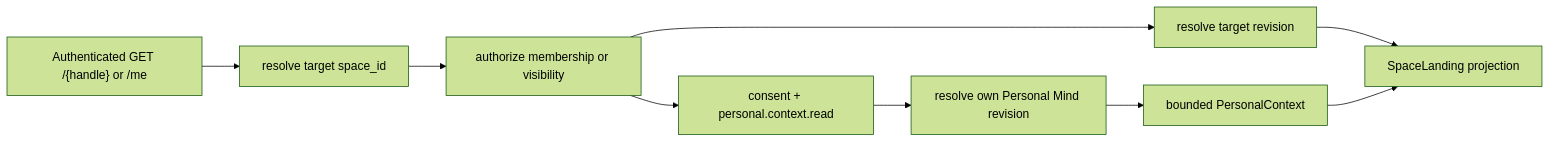
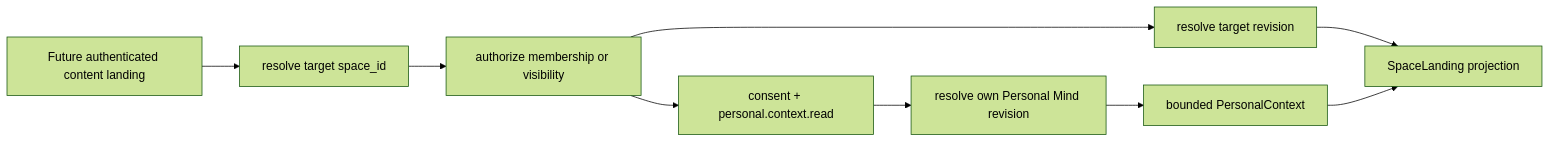
The diagram in docs/specs/personalized-opening.md (xxsrez/MindDiary), drawn with Mermaid (forest theme) before and after one commit. The commit also changed other lines of this file and 10 other files, not shown here.

````diff
--- a/docs/specs/personalized-opening.md
+++ b/docs/specs/personalized-opening.md
@@ -137,14 +144,14 @@
 ```mermaid
 flowchart LR
-    Request["Authenticated GET /{handle} or /me"]
+    Request["Future authenticated content landing"]
     Resolver["resolve target space_id"]
     TargetAuth["authorize membership or visibility"]
     TargetRevision["resolve target revision"]
     PersonalPolicy["consent + personal.context.read"]
     PersonalRevision["resolve own Personal Mind revision"]
     Context["bounded PersonalContext"]
     Landing["SpaceLanding projection"]
 
     Request --> Resolver --> TargetAuth --> TargetRevision --> Landing
     TargetAuth --> PersonalPolicy --> PersonalRevision --> Context --> Landing
 ```
````
